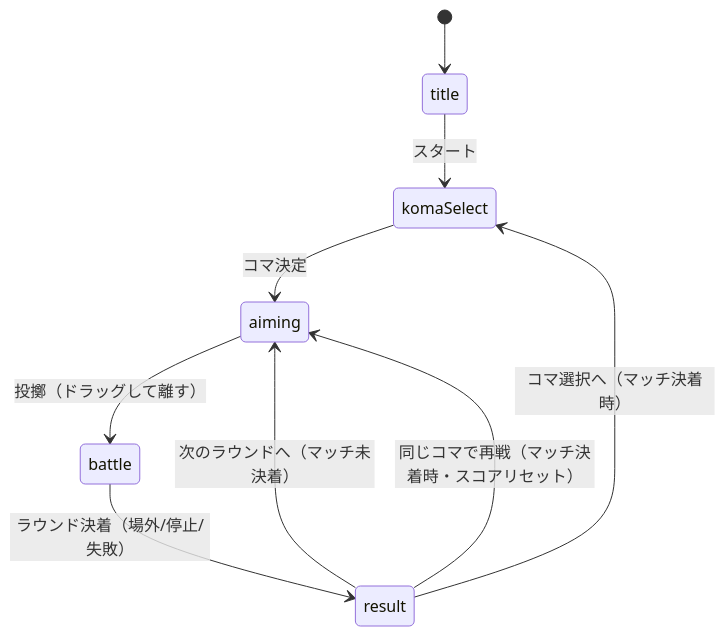
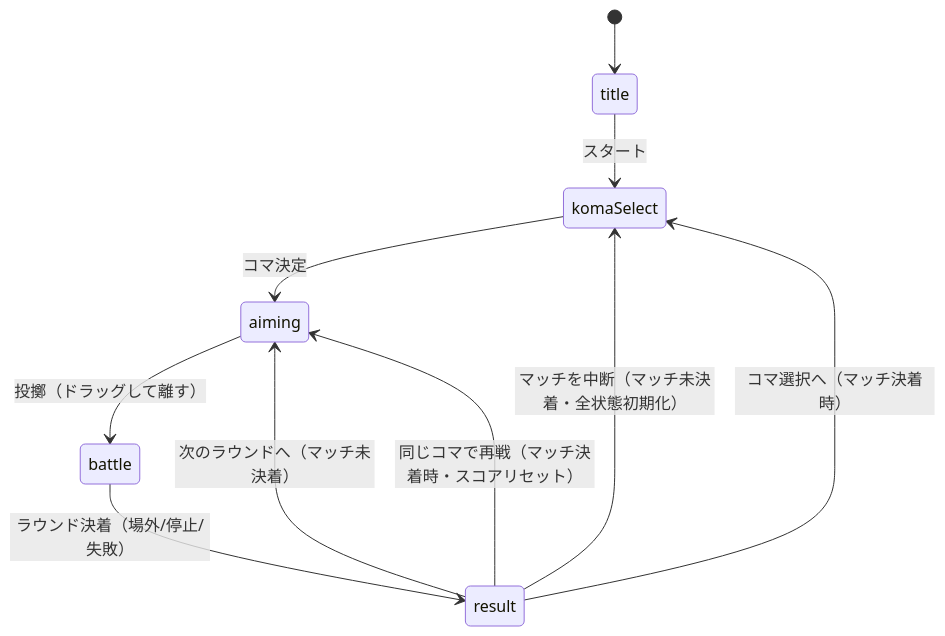
Before and after one commit to n-yata/begoma-game: the second of 3 diagrams in docs/baseline/functional-design.md, drawn with Mermaid. The commit also changed other lines of this file and 20 other files, not shown here.

````diff
--- a/docs/baseline/functional-design.md
+++ b/docs/baseline/functional-design.md
@@ -237,11 +237,12 @@
 ```mermaid
 stateDiagram-v2
     [*] --> title
     title --> komaSelect: スタート
     komaSelect --> aiming: コマ決定
     aiming --> battle: 投擲（ドラッグして離す）
     battle --> result: ラウンド決着（場外/停止/失敗）
     result --> aiming: 次のラウンドへ（マッチ未決着）
+    result --> komaSelect: マッチを中断（マッチ未決着・全状態初期化）
     result --> aiming: 同じコマで再戦（マッチ決着時・スコアリセット）
     result --> komaSelect: コマ選択へ（マッチ決着時）
 ```
````
